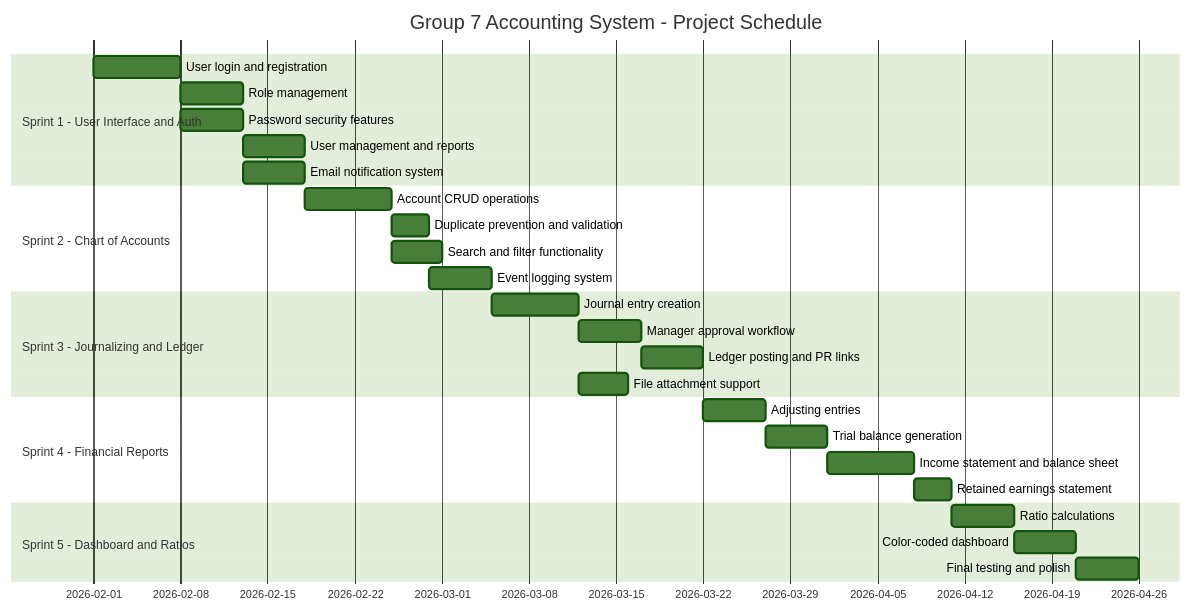
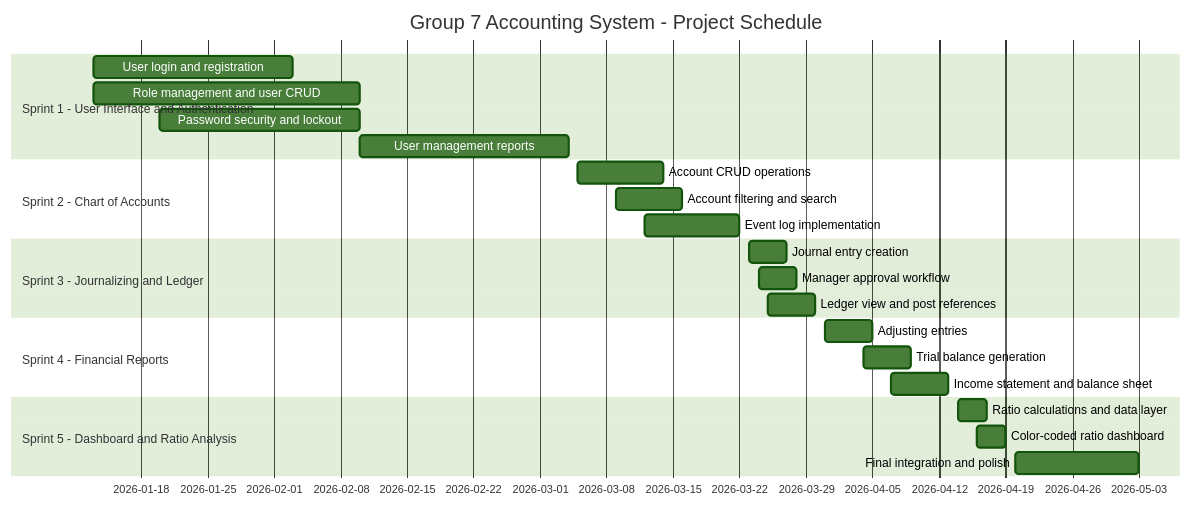
The third of 3 diagrams in docs/Proposal.md (thespeedkarter/AD-AccountingSystem-Group7), drawn with Mermaid (forest theme) before and after one commit. The commit also changed other lines of this file and 4 other files, not shown here.

````diff
--- a/docs/Proposal.md
+++ b/docs/Proposal.md
@@ -758,30 +765,26 @@
 ```mermaid
 gantt
     title Group 7 Accounting System - Project Schedule
     dateFormat  YYYY-MM-DD
-    section Sprint 1 - User Interface and Auth
-    User login and registration         :s1a, 2026-02-01, 7d
-    Role management                     :s1b, after s1a, 5d
-    Password security features          :s1c, after s1a, 5d
-    User management and reports         :s1d, after s1b, 5d
-    Email notification system           :s1e, after s1c, 5d
+    section Sprint 1 - User Interface and Authentication
+    User login and registration          :s1a, 2026-01-13, 21d
+    Role management and user CRUD        :s1b, 2026-01-13, 28d
+    Password security and lockout        :s1c, 2026-01-20, 21d
+    User management reports              :s1d, 2026-02-10, 22d
     section Sprint 2 - Chart of Accounts
-    Account CRUD operations             :s2a, after s1e, 7d
-    Duplicate prevention and validation :s2b, after s2a, 3d
-    Search and filter functionality     :s2c, after s2a, 4d
-    Event logging system                :s2d, after s2b, 5d
+    Account CRUD operations              :s2a, 2026-03-05, 9d
+    Account filtering and search         :s2b, 2026-03-09, 7d
+    Event log implementation             :s2c, 2026-03-12, 10d
     section Sprint 3 - Journalizing and Ledger
-    Journal entry creation              :s3a, after s2d, 7d
-    Manager approval workflow           :s3b, after s3a, 5d
-    Ledger posting and PR links         :s3c, after s3b, 5d
-    File attachment support             :s3d, after s3a, 4d
+    Journal entry creation               :s3a, 2026-03-23, 4d
+    Manager approval workflow            :s3b, 2026-03-24, 4d
+    Ledger view and post references      :s3c, 2026-03-25, 5d
     section Sprint 4 - Financial Reports
-    Adjusting entries                   :s4a, after s3c, 5d
-    Trial balance generation            :s4b, after s4a, 5d
-    Income statement and balance sheet  :s4c, after s4b, 7d
-    Retained earnings statement         :s4d, after s4c, 3d
-    section Sprint 5 - Dashboard and Ratios
-    Ratio calculations                  :s5a, after s4d, 5d
-    Color-coded dashboard               :s5b, after s5a, 5d
-    Final testing and polish            :s5c, after s5b, 5d
+    Adjusting entries                    :s4a, 2026-03-31, 5d
+    Trial balance generation             :s4b, 2026-04-04, 5d
+    Income statement and balance sheet   :s4c, 2026-04-07, 6d
+    section Sprint 5 - Dashboard and Ratio Analysis
+    Ratio calculations and data layer    :s5a, 2026-04-14, 3d
+    Color-coded ratio dashboard          :s5b, 2026-04-16, 3d
+    Final integration and polish         :s5c, 2026-04-20, 13d
 ```
````
